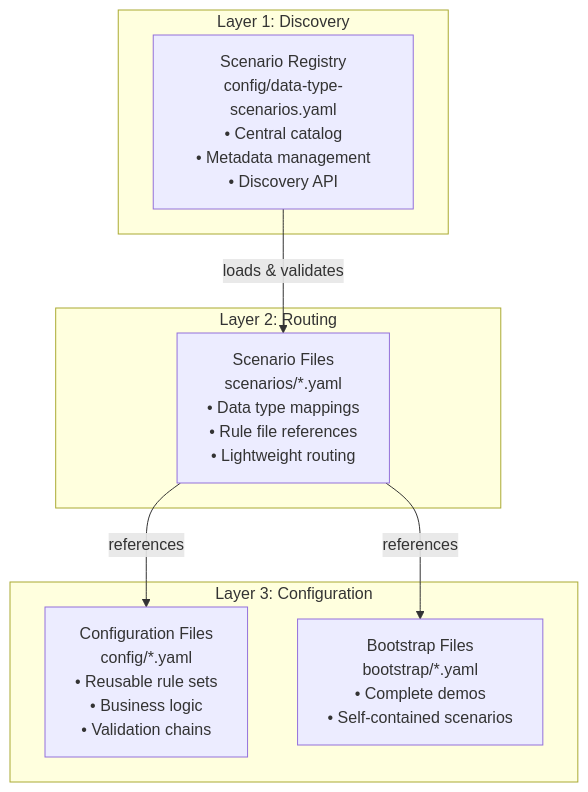
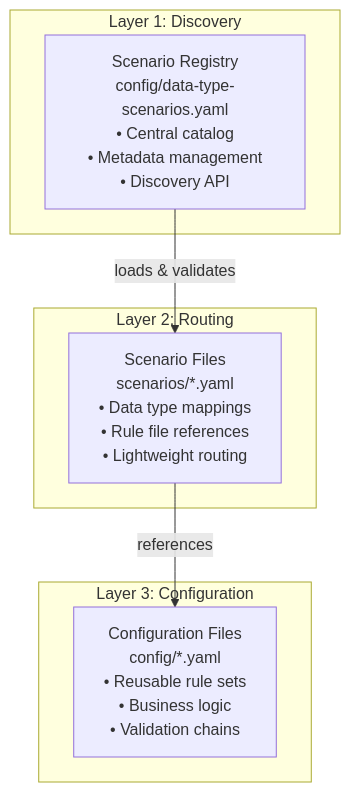
The third of 7 diagrams in docs/APEX_RULES_ENGINE_USER_GUIDE.md (mraysmit/apex), drawn with Mermaid before and after one commit. The commit also changed other lines of this file and 12 other files, not shown here.

````diff
--- a/docs/APEX_RULES_ENGINE_USER_GUIDE.md
+++ b/docs/APEX_RULES_ENGINE_USER_GUIDE.md
@@ -142,19 +2343,17 @@
 ```mermaid
 graph TD
     subgraph "Layer 1: Discovery"
         Registry["Scenario Registry<br/>config/data-type-scenarios.yaml<br/>• Central catalog<br/>• Metadata management<br/>• Discovery API"]
     end
 
     subgraph "Layer 2: Routing"
         ScenarioFiles["Scenario Files<br/>scenarios/*.yaml<br/>• Data type mappings<br/>• Rule file references<br/>• Lightweight routing"]
     end
 
     subgraph "Layer 3: Configuration"
         ConfigFiles["Configuration Files<br/>config/*.yaml<br/>• Reusable rule sets<br/>• Business logic<br/>• Validation chains"]
-        BootstrapFiles["Bootstrap Files<br/>bootstrap/*.yaml<br/>• Complete demos<br/>• Self-contained scenarios"]
     end
 
     Registry -->|"loads & validates"| ScenarioFiles
     ScenarioFiles -->|"references"| ConfigFiles
-    ScenarioFiles -->|"references"| BootstrapFiles
 ```
````
